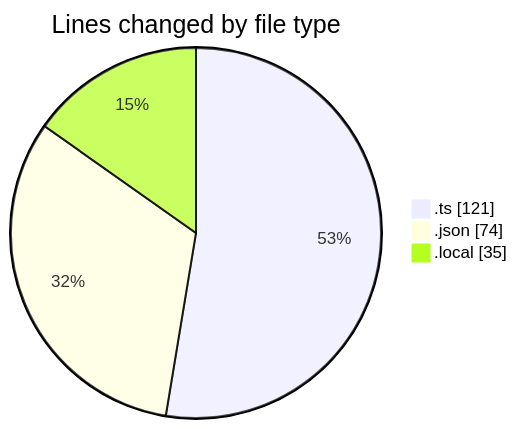
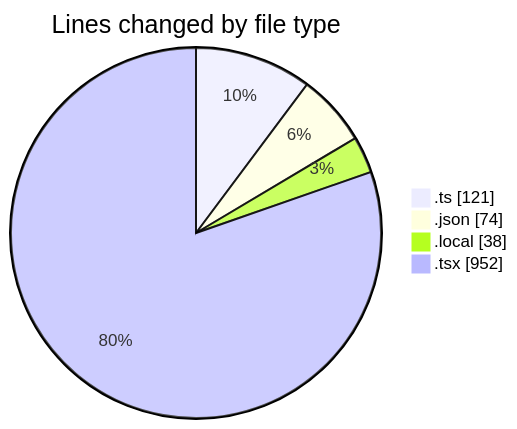
Before and after one commit to julien-gomy/code-tracking: the first of 2 diagrams in 2025-10-23/frontend-cms/README.md, drawn with Mermaid. The commit also changed other lines of this file and 1 other file, not shown here.

````diff
--- a/2025-10-23/frontend-cms/README.md
+++ b/2025-10-23/frontend-cms/README.md
@@ -24,7 +25,8 @@
 ```mermaid
 pie showData
 title Lines changed by file type
 ".ts" : 121
 ".json" : 74
-".local" : 35
+".local" : 38
+".tsx" : 952
 ```
````
